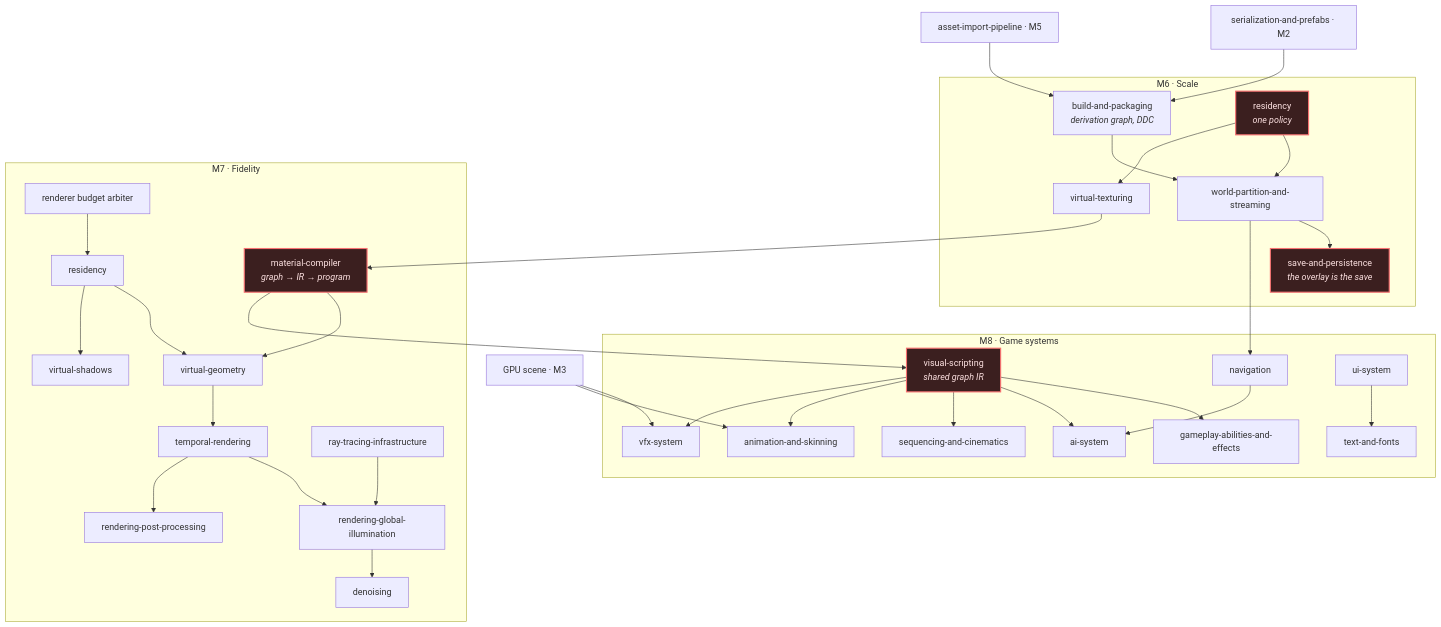
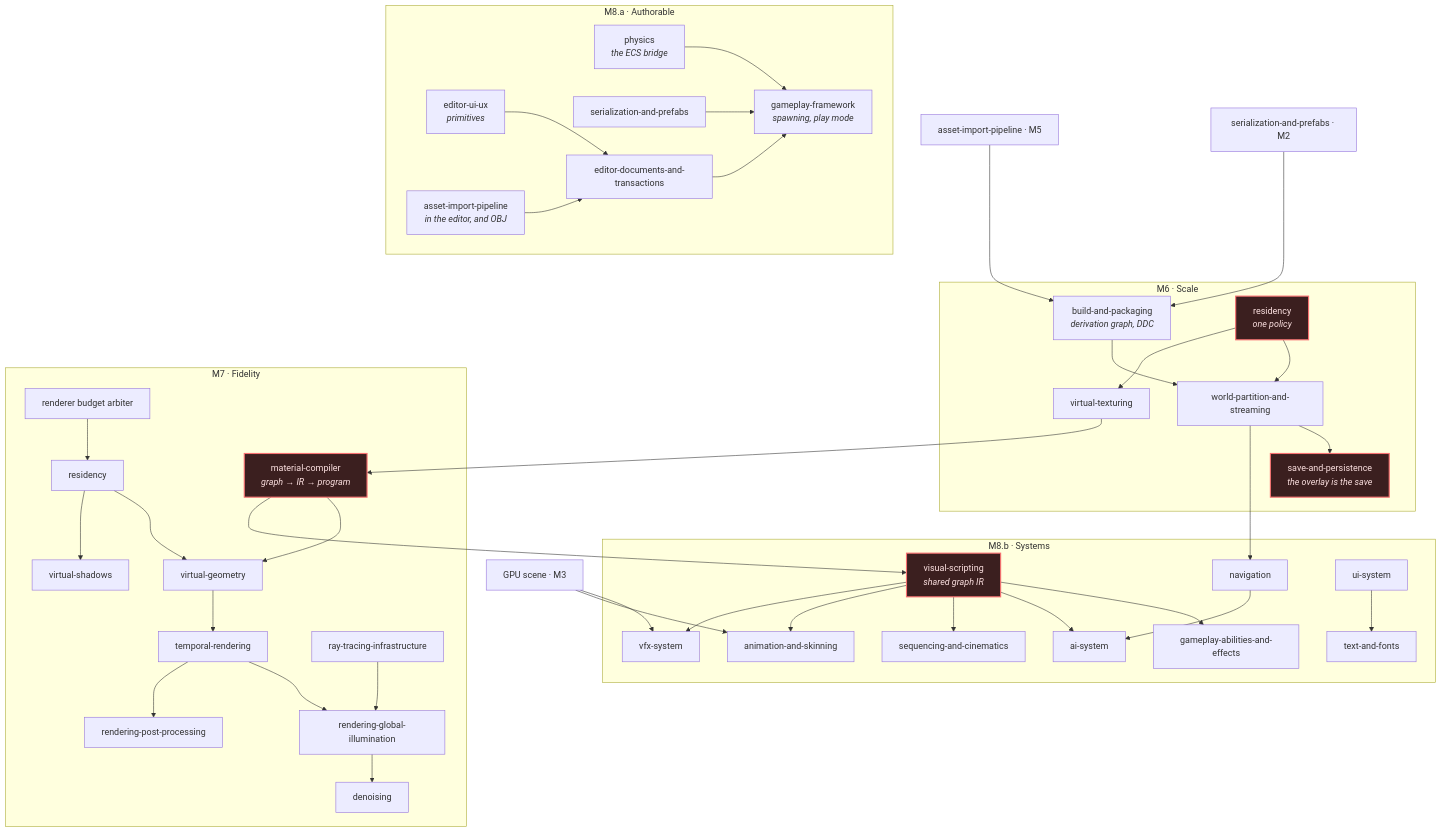
One commit to CyberdyneCorp/CyberdyneEngine changed the third of 4 diagrams in docs/roadmap/dependencies.md. Above: the diagram before and after it, drawn with Mermaid. The commit also changed other lines of this file and 12 other files, not shown here.

````diff
--- a/docs/roadmap/dependencies.md
+++ b/docs/roadmap/dependencies.md
@@ -126,43 +126,51 @@
 ```mermaid
 flowchart TB
     subgraph M6["M6 · Scale"]
         BP["build-and-packaging<br/><i>derivation graph, DDC</i>"] --> WP["world-partition-and-streaming"]
         RES["residency<br/><i>one policy</i>"] --> WP
         RES --> VT["virtual-texturing"]
         WP --> SAVE["save-and-persistence<br/><i>the overlay is the save</i>"]
     end
 
     subgraph M7["M7 · Fidelity"]
         MC["material-compiler<br/><i>graph → IR → program</i>"] --> VG["virtual-geometry"]
         RES2["residency"] --> VG
         RES2 --> VSM["virtual-shadows"]
         VG --> TEMP["temporal-rendering"]
         TEMP --> GI["rendering-global-illumination"]
         GI --> DN["denoising"]
         RT["ray-tracing-infrastructure"] --> GI
         TEMP --> POST["rendering-post-processing"]
         ARB["renderer budget arbiter"]
     end
 
-    subgraph M8["M8 · Game systems"]
+    subgraph M8A["M8.a · Authorable"]
+        PRIM["editor-ui-ux<br/><i>primitives</i>"] --> AUTH["editor-documents-and-transactions"]
+        IMPED["asset-import-pipeline<br/><i>in the editor, and OBJ</i>"] --> AUTH
+        PHYSB["physics<br/><i>the ECS bridge</i>"] --> PLAY["gameplay-framework<br/><i>spawning, play mode</i>"]
+        SERC["serialization-and-prefabs"] --> PLAY
+        AUTH --> PLAY
+    end
+
+    subgraph M8B["M8.b · Systems"]
         VS["visual-scripting<br/><i>shared graph IR</i>"] --> ABIL["gameplay-abilities-and-effects"]
         VS --> AI["ai-system"]
         VS --> SEQ["sequencing-and-cinematics"]
         VS --> ANIM["animation-and-skinning"]
         VS --> VFX["vfx-system"]
         NAV["navigation"] --> AI
         UI["ui-system"] --> TXT["text-and-fonts"]
     end
 
     SER2["serialization-and-prefabs · M2"] --> BP
     IMP2["asset-import-pipeline · M5"] --> BP
     VT --> MC
     MC --> VS
     WP --> NAV
     ARB --> RES2
     GS["GPU scene · M3"] --> VFX
     GS --> ANIM
 
     classDef inv fill:#3b1f1f,stroke:#f87171,stroke-width:2px,color:#fee2e2
     class RES,MC,VS,SAVE inv
 ```
````
